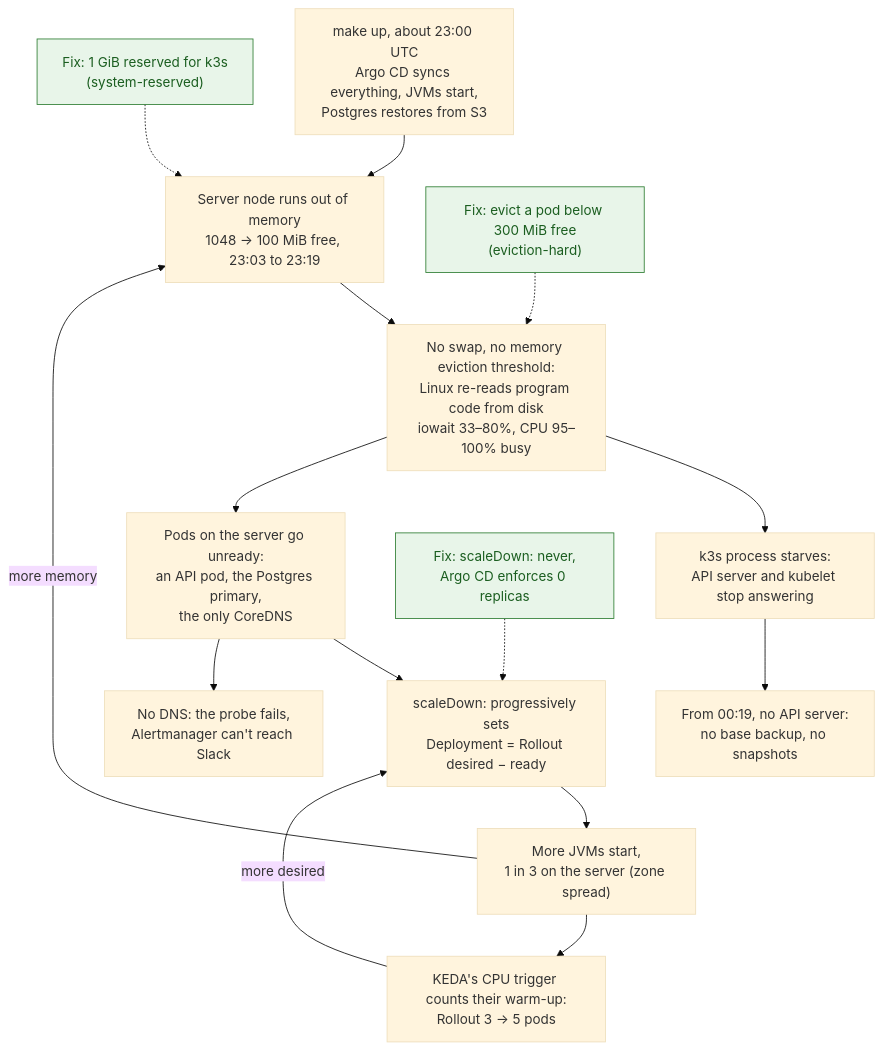
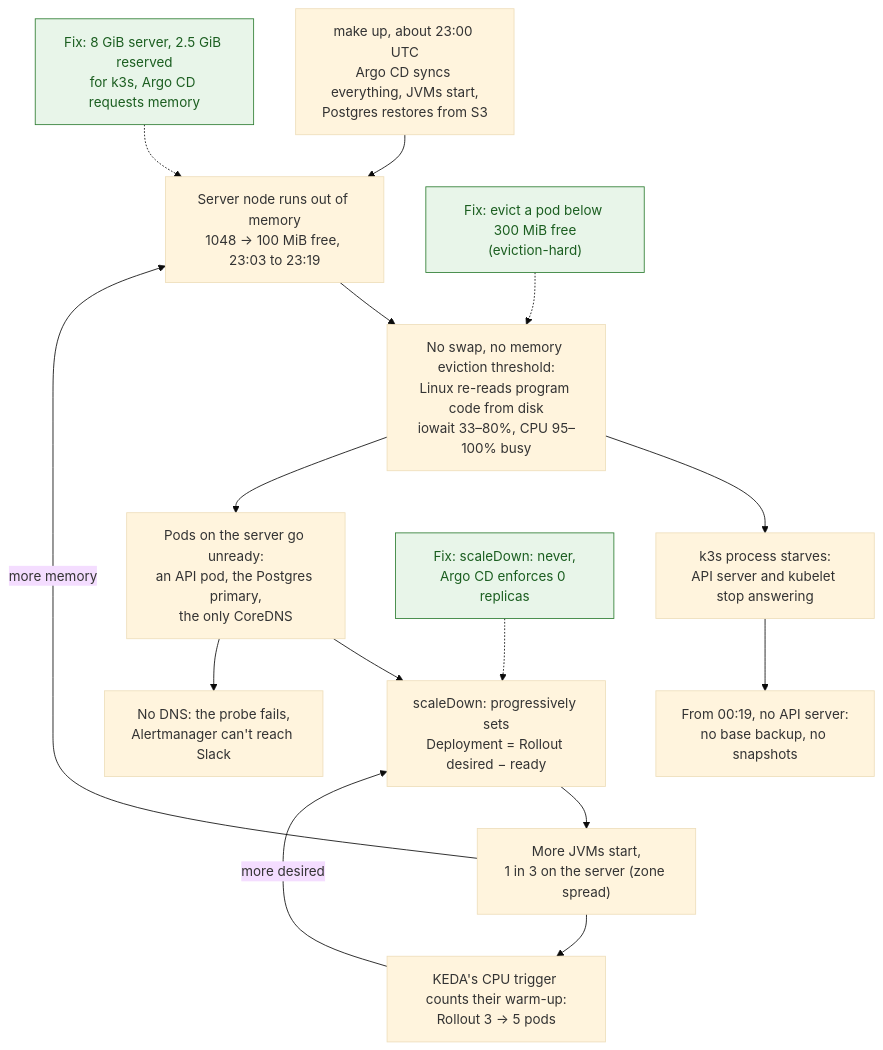
The diagram in docs/postmortems/2026-11-06-k3s-server-memory-thrash.md (konradkelly/storefront-slo), drawn with Mermaid (base theme) before and after one commit. The commit also changed other lines of this file and 9 other files, not shown here.

First line of the commit message:
k3s: t3.large server with 2.5 GiB for k3s, and Argo CD memory requests

````diff
--- a/docs/postmortems/2026-11-06-k3s-server-memory-thrash.md
+++ b/docs/postmortems/2026-11-06-k3s-server-memory-thrash.md
@@ -92,30 +92,30 @@
 ```mermaid
 flowchart TD
     start["make up, about 23:00 UTC<br/>Argo CD syncs everything, JVMs start,<br/>Postgres restores from S3"]
     mem["Server node runs out of memory<br/>1048 → 100 MiB free, 23:03 to 23:19"]
     thrash["No swap, no memory eviction threshold:<br/>Linux re-reads program code from disk<br/>iowait 33–80%, CPU 95–100% busy"]
     k3s["k3s process starves:<br/>API server and kubelet stop answering"]
     unready["Pods on the server go unready:<br/>an API pod, the Postgres primary,<br/>the only CoreDNS"]
     deploy["scaleDown: progressively sets<br/>Deployment = Rollout desired − ready"]
     jvms["More JVMs start,<br/>1 in 3 on the server (zone spread)"]
     keda["KEDA's CPU trigger counts their warm-up:<br/>Rollout 3 → 5 pods"]
     dark["From 00:19, no API server:<br/>no base backup, no snapshots"]
     dns["No DNS: the probe fails,<br/>Alertmanager can't reach Slack"]
 
     start --> mem --> thrash
     thrash --> k3s --> dark
     thrash --> unready
     unready --> deploy --> jvms
     jvms -->|"more memory"| mem
     jvms --> keda
     keda -->|"more desired"| deploy
     unready --> dns
 
-    fix1["Fix: 1 GiB reserved for k3s<br/>(system-reserved)"]:::fix
+    fix1["Fix: 8 GiB server, 2.5 GiB reserved<br/>for k3s, Argo CD requests memory"]:::fix
     fix2["Fix: evict a pod below 300 MiB free<br/>(eviction-hard)"]:::fix
     fix3["Fix: scaleDown: never,<br/>Argo CD enforces 0 replicas"]:::fix
     fix1 -.-> mem
     fix2 -.-> thrash
     fix3 -.-> deploy
     classDef fix fill:#e8f5e9,stroke:#2e7d32,color:#1b5e20
 ```
````
